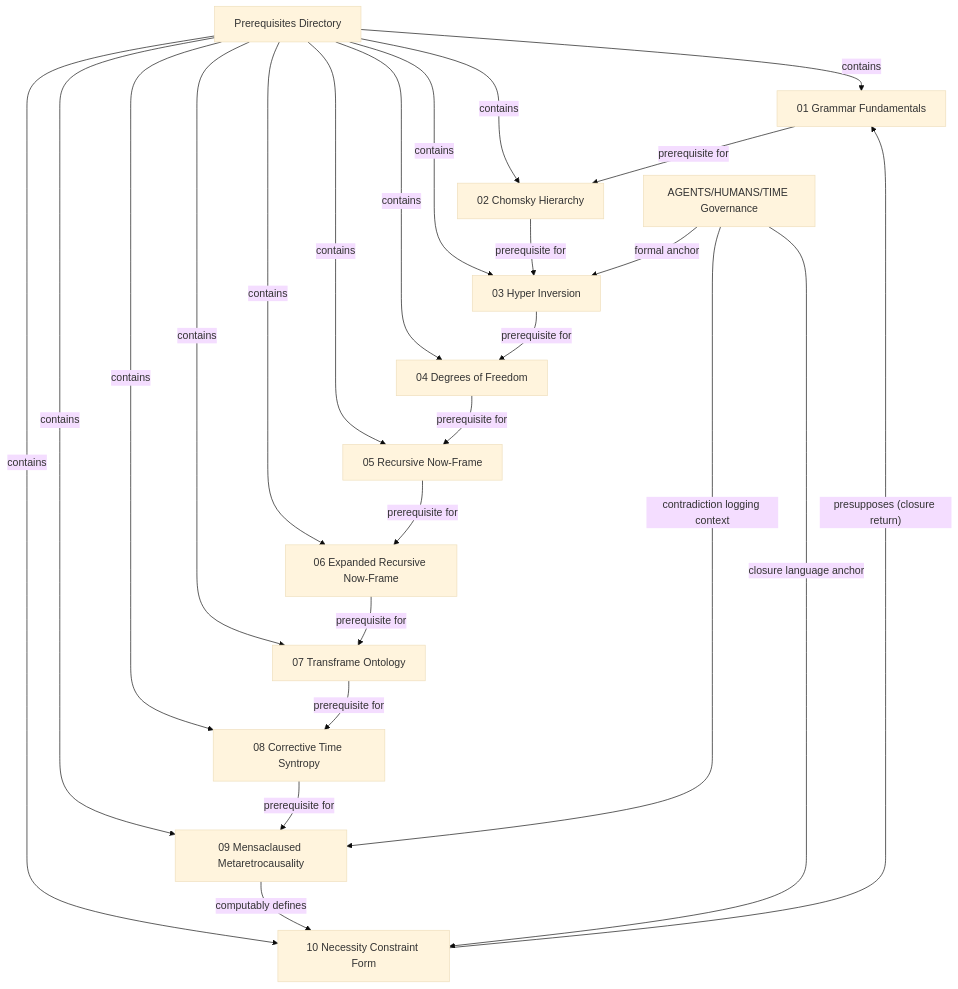
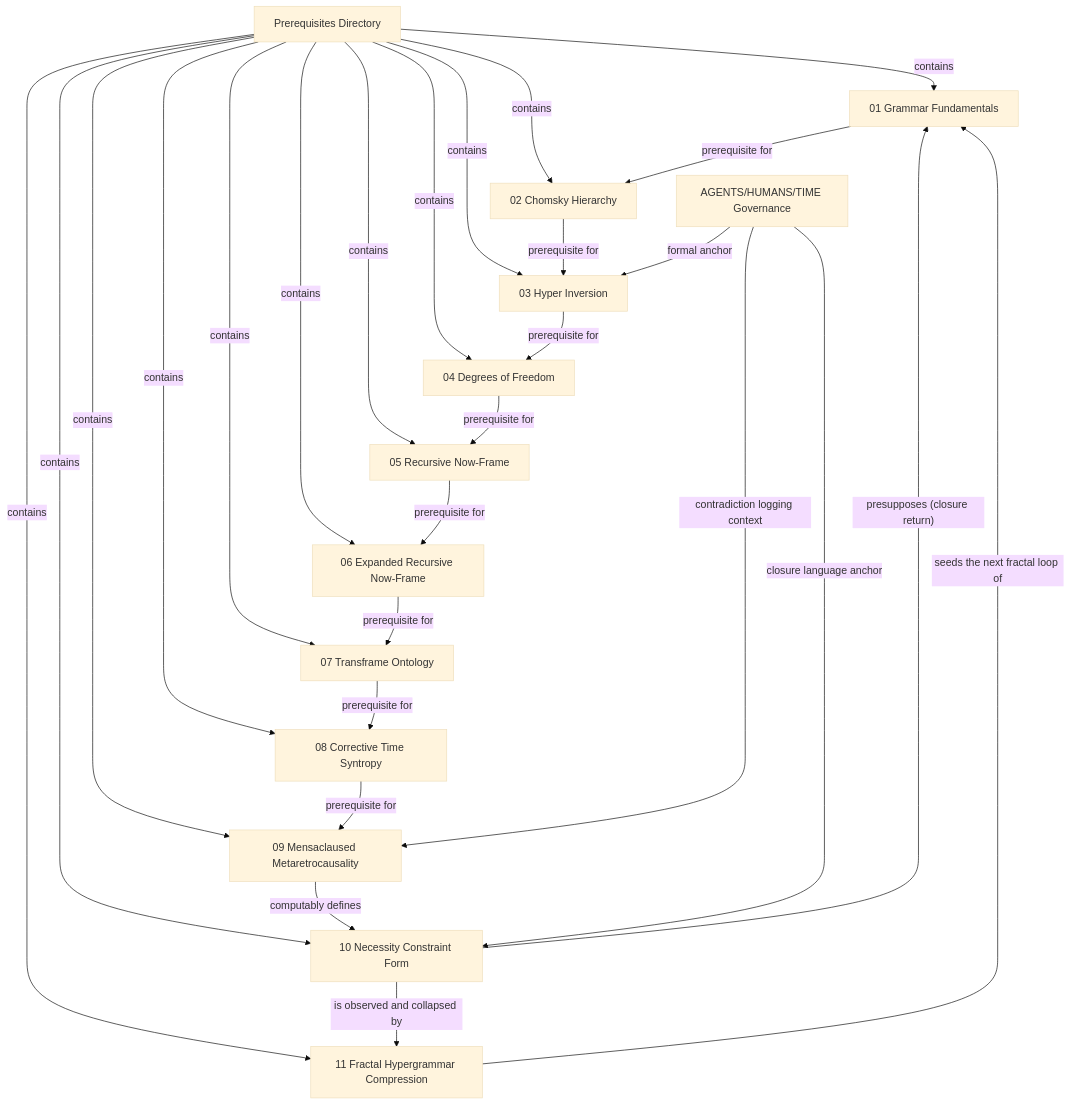
The diagram in docs/prerequisites/visualizations/00_learning_path/00_learning_path_frame.mmd (TimeLordRaps/hypergrammar), drawn with Mermaid (base theme) before and after one commit. The commit also changed 111 other files, not shown here.

```diff
--- a/docs/prerequisites/visualizations/00_learning_path/00_learning_path_frame.mmd
+++ b/docs/prerequisites/visualizations/00_learning_path/00_learning_path_frame.mmd
@@ -1,36 +1,40 @@
 flowchart TD
   P00["Prerequisites Directory"]
   P01["01 Grammar Fundamentals"]
   P02["02 Chomsky Hierarchy"]
   P03["03 Hyper Inversion"]
   P04["04 Degrees of Freedom"]
   P05["05 Recursive Now-Frame"]
   P06["06 Expanded Recursive Now-Frame"]
   P07["07 Transframe Ontology"]
   P08["08 Corrective Time Syntropy"]
   P09["09 Mensaclaused Metaretrocausality"]
   P10["10 Necessity Constraint Form"]
+  P12["11 Fractal Hypergrammar Compression"]
   P11["AGENTS/HUMANS/TIME Governance"]
   P00 -- "contains" --> P01
   P00 -- "contains" --> P02
   P00 -- "contains" --> P03
   P00 -- "contains" --> P04
   P00 -- "contains" --> P05
   P00 -- "contains" --> P06
   P00 -- "contains" --> P07
   P00 -- "contains" --> P08
   P00 -- "contains" --> P09
   P00 -- "contains" --> P10
+  P00 -- "contains" --> P12
   P01 -- "prerequisite for" --> P02
   P02 -- "prerequisite for" --> P03
   P03 -- "prerequisite for" --> P04
   P04 -- "prerequisite for" --> P05
   P05 -- "prerequisite for" --> P06
   P06 -- "prerequisite for" --> P07
   P07 -- "prerequisite for" --> P08
   P08 -- "prerequisite for" --> P09
   P09 -- "computably defines" --> P10
   P10 -- "presupposes (closure return)" --> P01
+  P10 -- "is observed and collapsed by" --> P12
+  P12 -- "seeds the next fractal loop of" --> P01
   P11 -- "formal anchor" --> P03
   P11 -- "closure language anchor" --> P10
   P11 -- "contradiction logging context" --> P09
```
